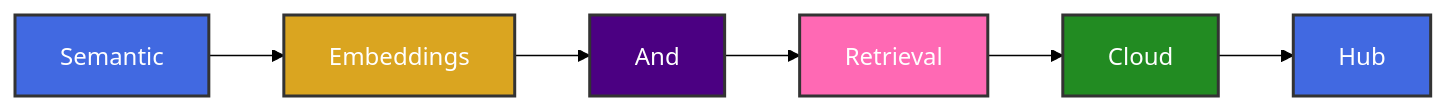
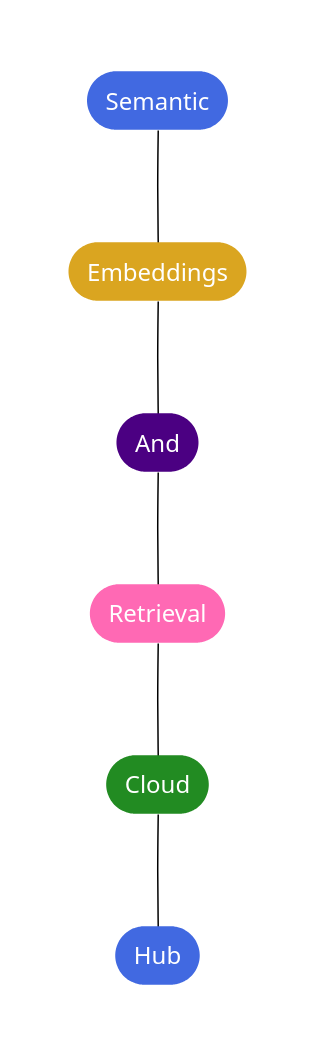
The first of 5 diagrams in README.md (jnuts74/doc-upload-test), drawn with Mermaid (forest theme) before and after one commit. The commit also changed other lines of this file, not shown here.

Commit message:
Update README.md to improve the architecture diagram by transitioning to flowchart syntax and enhancing visual styling with class definitions. Additionally, reformat technology stack badges for better presentation within a styled container.

````diff
--- a/README.md
+++ b/README.md
@@ -6,15 +6,15 @@
 ```mermaid
-graph LR
-    S[Semantic] --> E[Embeddings]
-    E --> A[And]
-    A --> R[Retrieval]
-    R --> C[Cloud]
-    C --> H[Hub]
+flowchart LR
+    subgraph Title[ ]
+    S([Semantic]):::blue --- E([Embeddings]):::gold --- A([And]):::purple --- R([Retrieval]):::pink --- C([Cloud]):::green --- H([Hub]):::blue
+    end
     
-    style S fill:#4169e1,stroke:#333,stroke-width:2px,color:#fff
-    style E fill:#daa520,stroke:#333,stroke-width:2px,color:#fff
-    style A fill:#4b0082,stroke:#333,stroke-width:2px,color:#fff
-    style R fill:#ff69b4,stroke:#333,stroke-width:2px,color:#fff
-    style C fill:#228b22,stroke:#333,stroke-width:2px,color:#fff
-    style H fill:#4169e1,stroke:#333,stroke-width:2px,color:#fff
+    classDef blue fill:#4169e1,stroke:none,color:#fff,rx:10
+    classDef gold fill:#daa520,stroke:none,color:#fff,rx:10
+    classDef purple fill:#4b0082,stroke:none,color:#fff,rx:10
+    classDef pink fill:#ff69b4,stroke:none,color:#fff,rx:10
+    classDef green fill:#228b22,stroke:none,color:#fff,rx:10
+    classDef none fill:none,stroke:none
+    
+    style Title fill:none,stroke:none
 ```
````
